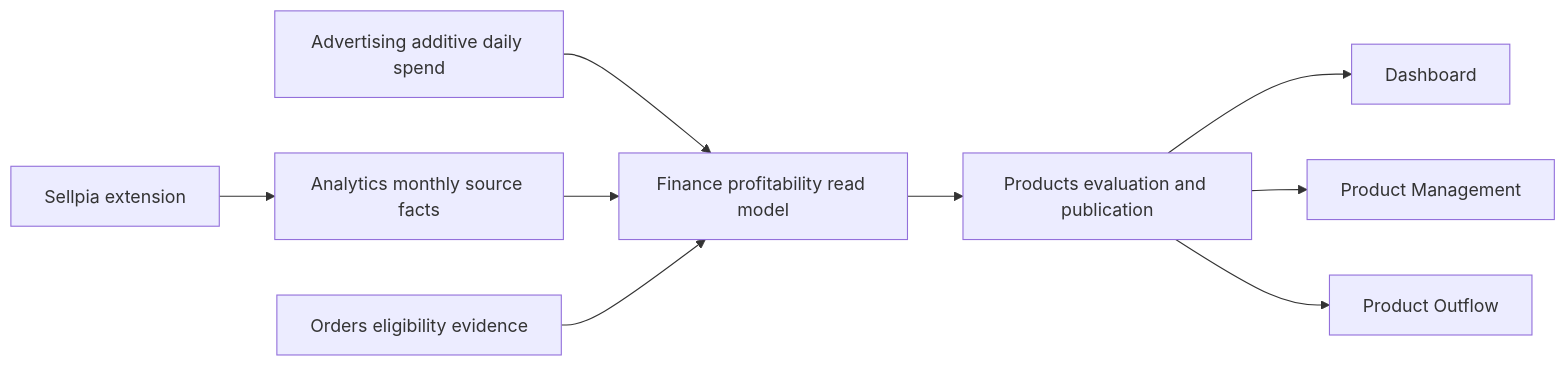
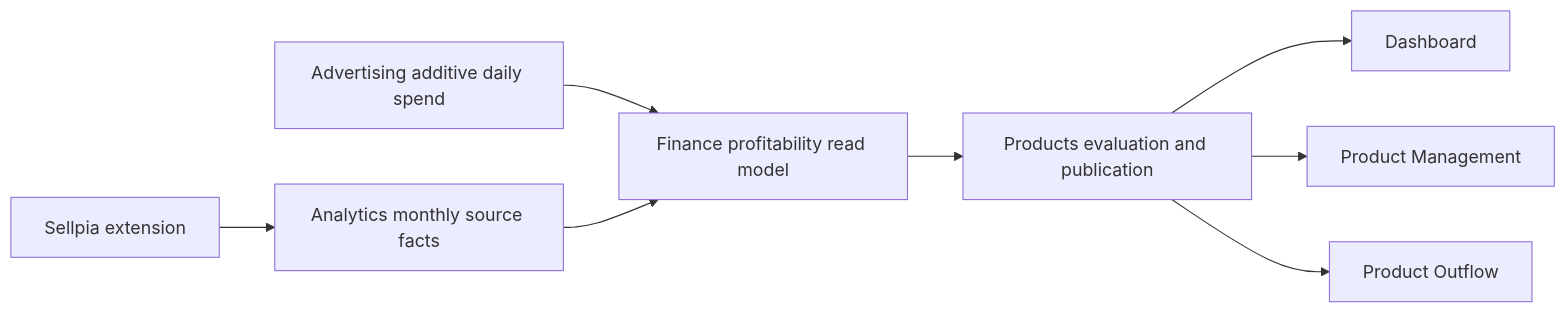
One commit to AgentFoundry-Labs/kiditem changed the diagram in docs/superpowers/specs/2026-08-01-automatic-product-profitability-abc-design.md. Above: the diagram before and after it, drawn with Mermaid. The commit also changed other lines of this file and 142 other files, not shown here.

````diff
--- a/docs/superpowers/specs/2026-08-01-automatic-product-profitability-abc-design.md
+++ b/docs/superpowers/specs/2026-08-01-automatic-product-profitability-abc-design.md
@@ -313,11 +372,10 @@
 ```mermaid
 flowchart LR
   Extension["Sellpia extension"] --> Analytics["Analytics monthly source facts"]
   Advertising["Advertising additive daily spend"] --> Finance["Finance profitability read model"]
   Analytics --> Finance
-  Orders["Orders eligibility evidence"] --> Finance
   Finance --> Products["Products evaluation and publication"]
   Products --> Dashboard
   Products --> ProductManagement["Product Management"]
   Products --> ProductOutflow["Product Outflow"]
 ```
````
